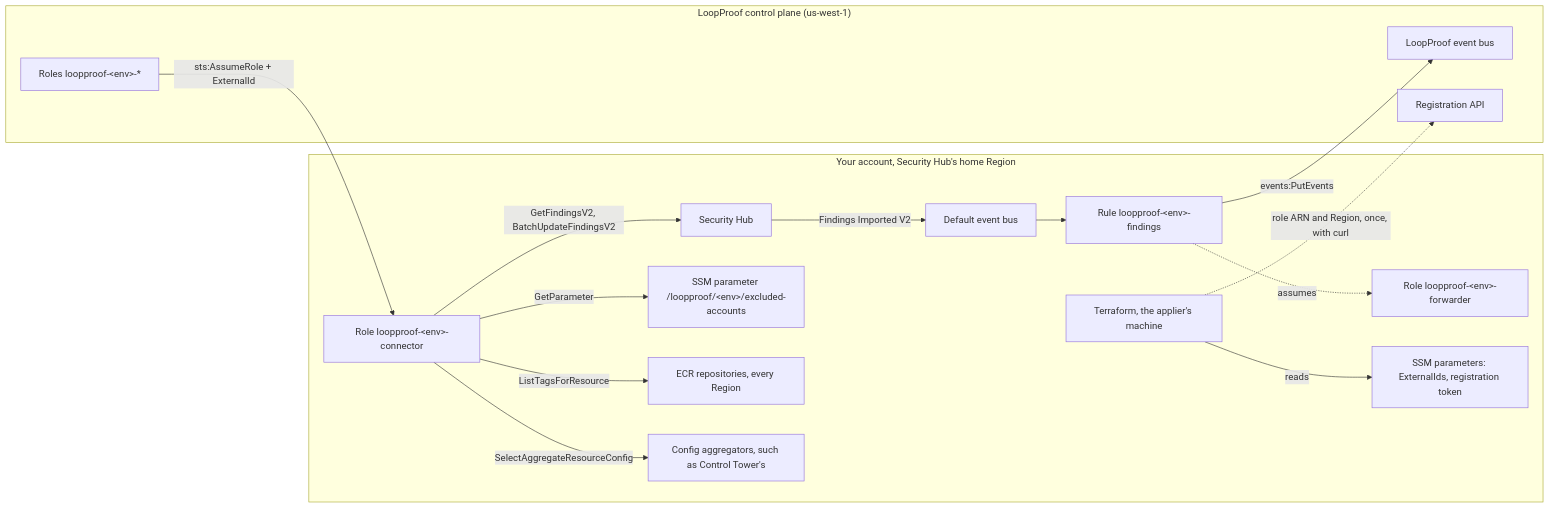
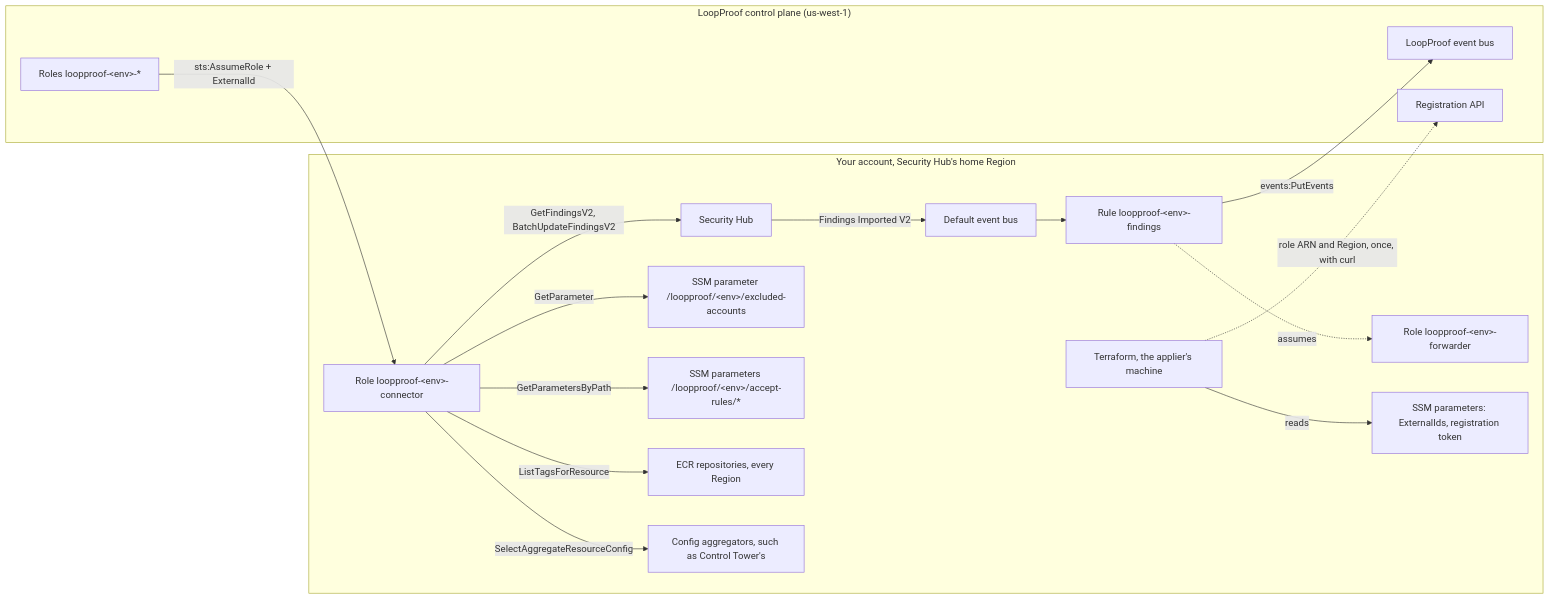
The diagram in docs/architecture.md (infrahouse/terraform-aws-loopproof-connector), drawn with Mermaid before and after one commit. The commit also changed other lines of this file and 6 other files, not shown here.

Commit message:
docs: accept_rules in the configuration, architecture, security, examples, troubleshooting and upgrading pages (IH-60)

````diff
--- a/docs/architecture.md
+++ b/docs/architecture.md
@@ -3,30 +3,32 @@
 ```mermaid
 flowchart LR
     subgraph tenant["Your account, Security Hub's home Region"]
         SH["Security Hub"]
         DB["Default event bus"]
         RULE["Rule loopproof-&lt;env&gt;-findings"]
         FWD["Role loopproof-&lt;env&gt;-forwarder"]
         CONN["Role loopproof-&lt;env&gt;-connector"]
         PARAM["SSM parameter /loopproof/&lt;env&gt;/excluded-accounts"]
+        RULES["SSM parameters /loopproof/&lt;env&gt;/accept-rules/*"]
         CREDS["SSM parameters: ExternalIds, registration token"]
         ECR["ECR repositories, every Region"]
         AGG["Config aggregators, such as Control Tower's"]
         TF["Terraform, the applier's machine"]
         SH -- "Findings Imported V2" --> DB --> RULE
         RULE -. assumes .-> FWD
     end
     subgraph cp["LoopProof control plane (us-west-1)"]
         BUS["LoopProof event bus"]
         CPR["Roles loopproof-&lt;env&gt;-*"]
         API["Registration API"]
     end
     RULE -- "events:PutEvents" --> BUS
     CPR -- "sts:AssumeRole + ExternalId" --> CONN
     CONN -- "GetFindingsV2, BatchUpdateFindingsV2" --> SH
     CONN -- "GetParameter" --> PARAM
+    CONN -- "GetParametersByPath" --> RULES
     CONN -- "ListTagsForResource" --> ECR
     CONN -- "SelectAggregateResourceConfig" --> AGG
     TF -- "reads" --> CREDS
     TF -. "role ARN and Region, once, with curl" .-> API
 ```
````
